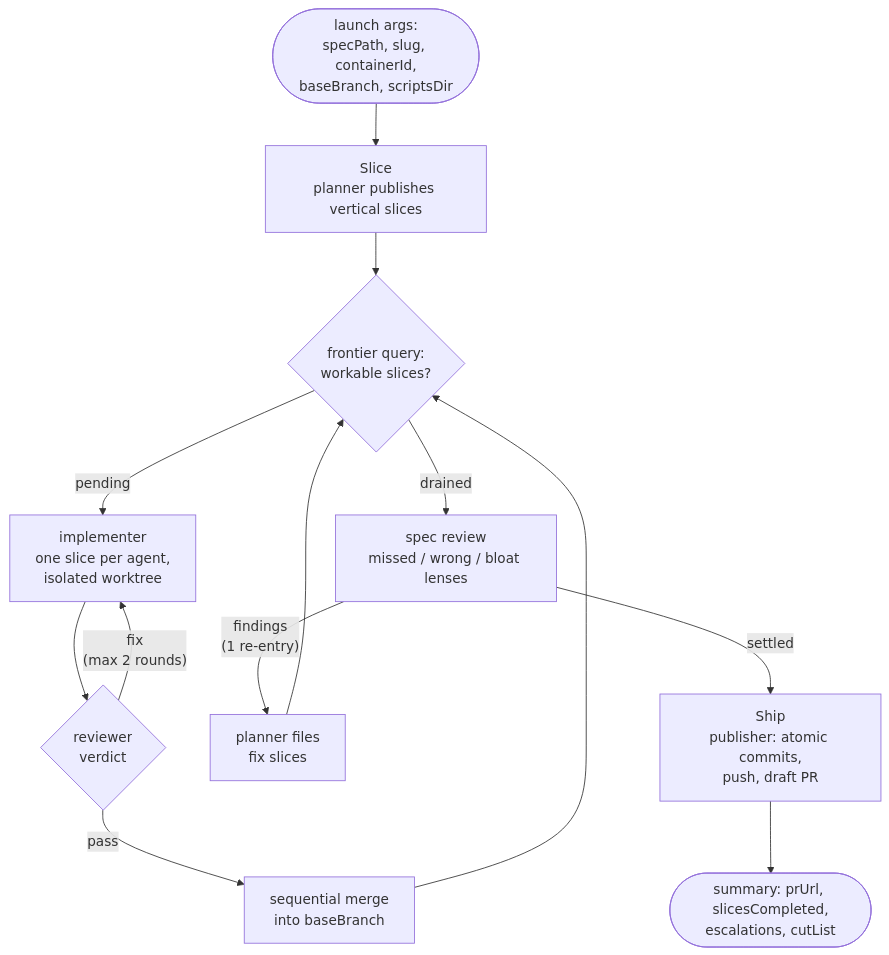
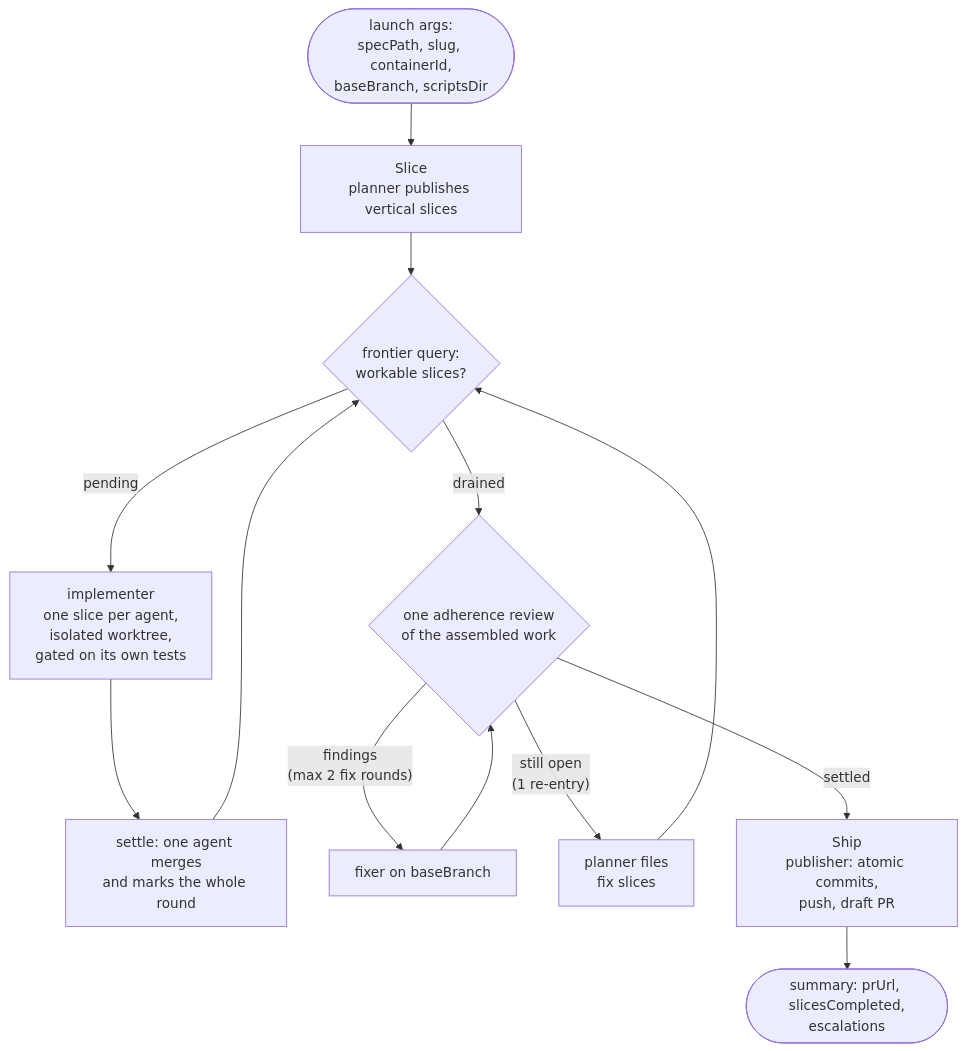
One commit to kpeez/agent-toolbox changed the second of 2 diagrams in plugins/swe/README.md. Above: the diagram before and after it, drawn with Mermaid. The commit also changed other lines of this file and 4 other files, not shown here.

First line of the commit message:
Review the assembled work once instead of three times per slice

````diff
--- a/plugins/swe/README.md
+++ b/plugins/swe/README.md
@@ -72,15 +72,15 @@
 ```mermaid
 flowchart TD
   L(["launch args:<br/>specPath, slug, containerId,<br/>baseBranch, scriptsDir"]) --> S["Slice<br/>planner publishes vertical slices"]
   S --> F{"frontier query:<br/>workable slices?"}
-  F -- "pending" --> IM["implementer<br/>one slice per agent,<br/>isolated worktree"]
-  IM --> R{"reviewer<br/>verdict"}
-  R -- "fix<br/>(max 2 rounds)" --> IM
-  R -- "pass" --> M["sequential merge<br/>into baseBranch"]
+  F -- "pending" --> IM["implementer<br/>one slice per agent,<br/>isolated worktree,<br/>gated on its own tests"]
+  IM --> M["settle: one agent merges<br/>and marks the whole round"]
   M --> F
-  F -- "drained" --> SR["spec review<br/>missed / wrong / bloat lenses"]
-  SR -- "findings<br/>(1 re-entry)" --> FF["planner files<br/>fix slices"]
+  F -- "drained" --> R{"one adherence review<br/>of the assembled work"}
+  R -- "findings<br/>(max 2 fix rounds)" --> FX["fixer on baseBranch"]
+  FX --> R
+  R -- "still open<br/>(1 re-entry)" --> FF["planner files<br/>fix slices"]
   FF --> F
-  SR -- "settled" --> SH["Ship<br/>publisher: atomic commits,<br/>push, draft PR"]
-  SH --> OUT(["summary: prUrl, slicesCompleted,<br/>escalations, cutList"])
+  R -- "settled" --> SH["Ship<br/>publisher: atomic commits,<br/>push, draft PR"]
+  SH --> OUT(["summary: prUrl, slicesCompleted,<br/>escalations"])
 ```
````
